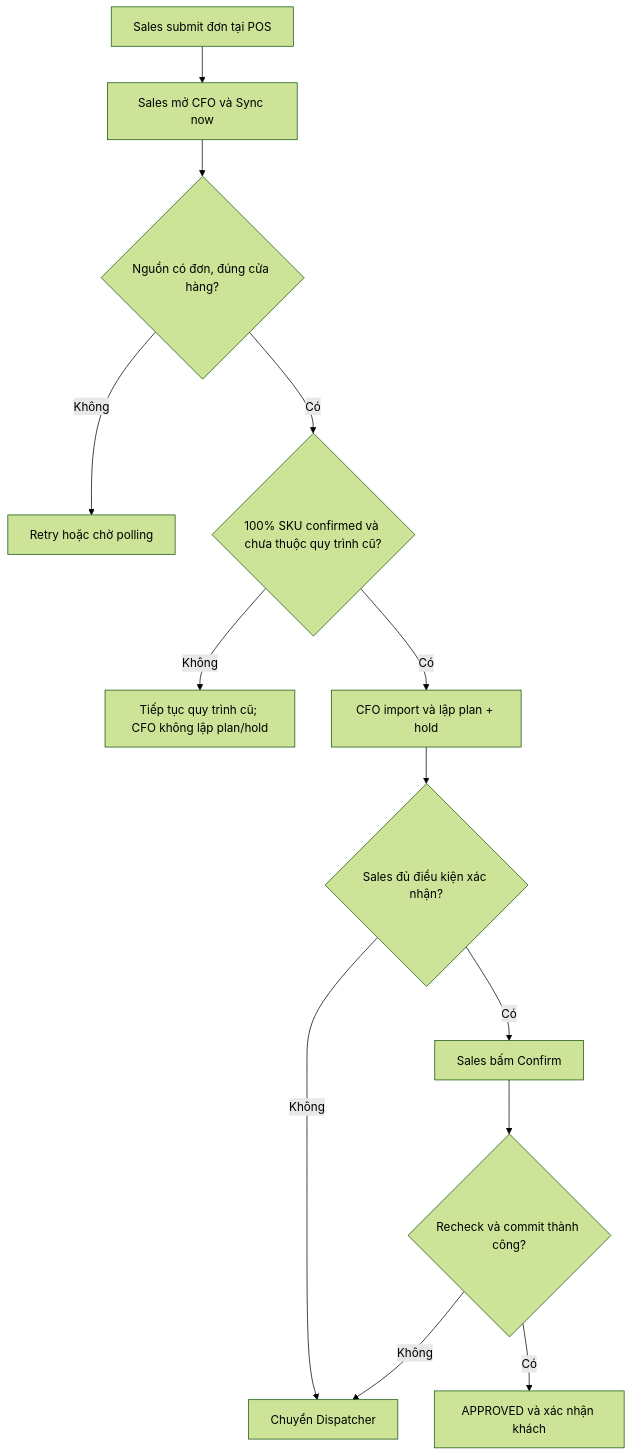
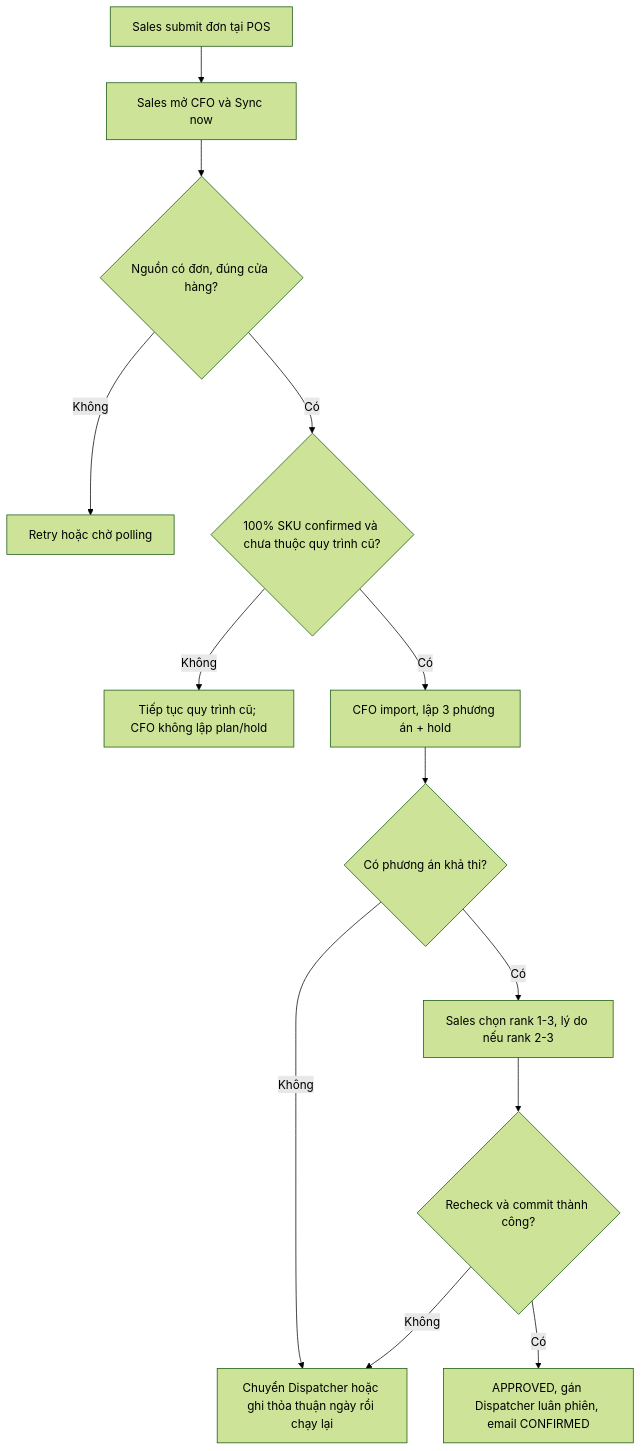
The second of 14 diagrams in docs/07_User_Flows.md (qaztyhn/cfo-itconsultant), drawn with Mermaid (forest theme) before and after one commit. The commit also changed other lines of this file and 9 other files, not shown here.

````diff
--- a/docs/07_User_Flows.md
+++ b/docs/07_User_Flows.md
@@ -56,15 +58,15 @@
 ```mermaid
 flowchart TD
   A[Sales submit đơn tại POS] --> B[Sales mở CFO và Sync now]
   B --> C{Nguồn có đơn, đúng cửa hàng?}
   C -- Không --> X[Retry hoặc chờ polling]
   C -- Có --> C2{100% SKU confirmed và chưa thuộc quy trình cũ?}
   C2 -- Không --> L[Tiếp tục quy trình cũ; CFO không lập plan/hold]
-  C2 -- Có --> D[CFO import và lập plan + hold]
-  D --> E{Sales đủ điều kiện xác nhận?}
-  E -- Không --> F[Chuyển Dispatcher]
-  E -- Có --> G[Sales bấm Confirm]
+  C2 -- Có --> D[CFO import, lập 3 phương án + hold]
+  D --> E{Có phương án khả thi?}
+  E -- Không --> F[Chuyển Dispatcher hoặc ghi thỏa thuận ngày rồi chạy lại]
+  E -- Có --> G[Sales chọn rank 1-3, lý do nếu rank 2-3]
   G --> H{Recheck và commit thành công?}
   H -- Không --> F
-  H -- Có --> I[APPROVED và xác nhận khách]
+  H -- Có --> I[APPROVED, gán Dispatcher luân phiên, email CONFIRMED]
 ```
````
